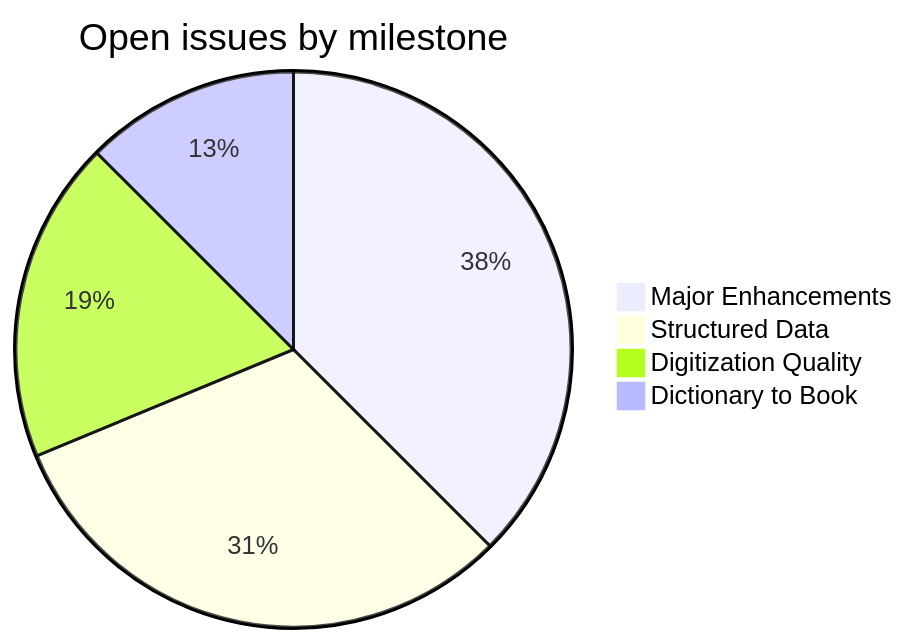
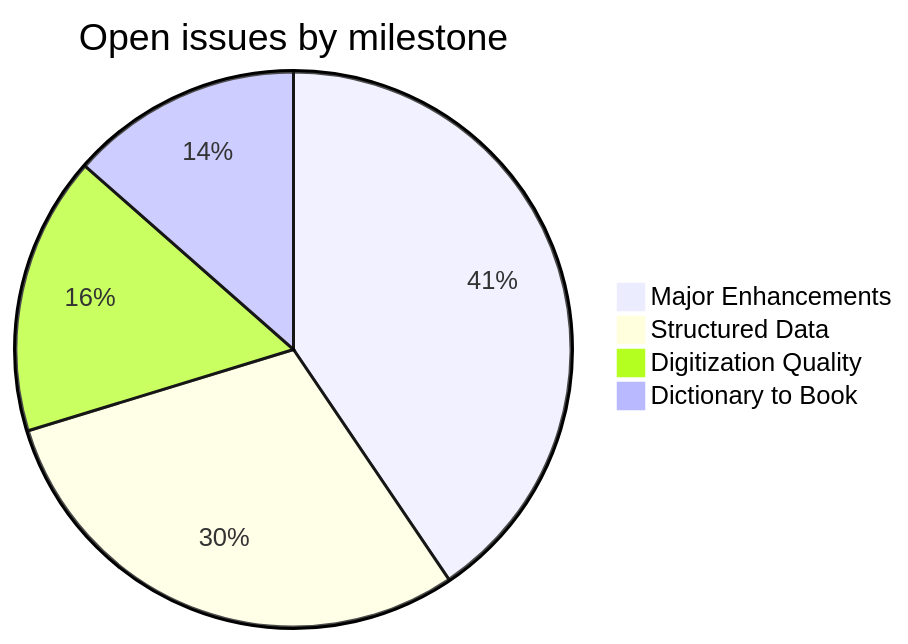
The second of 3 diagrams in README.md (sanskrit-lexicon/MWS), drawn with Mermaid before and after one commit. The commit also changed other lines of this file, not shown here.

````diff
--- a/README.md
+++ b/README.md
@@ -96,7 +87,7 @@
 ```mermaid
 pie title Open issues by milestone
-    "Major Enhancements" : 12
-    "Structured Data" : 10
+    "Major Enhancements" : 15
+    "Structured Data" : 11
     "Digitization Quality" : 6
-    "Dictionary to Book" : 4
+    "Dictionary to Book" : 5
 ```
````
